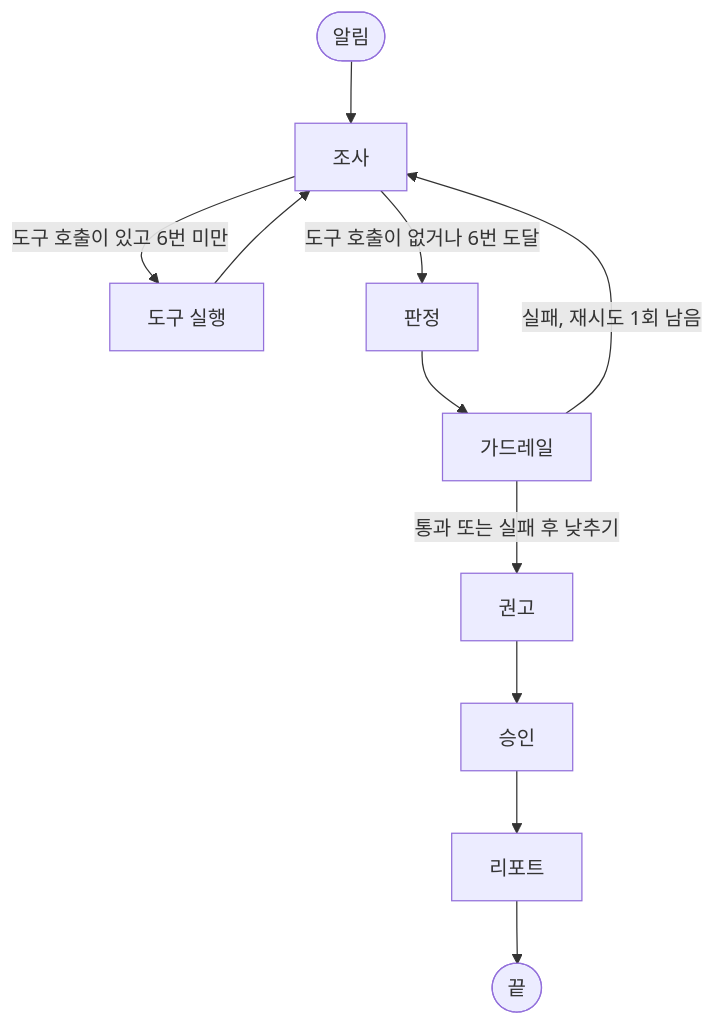
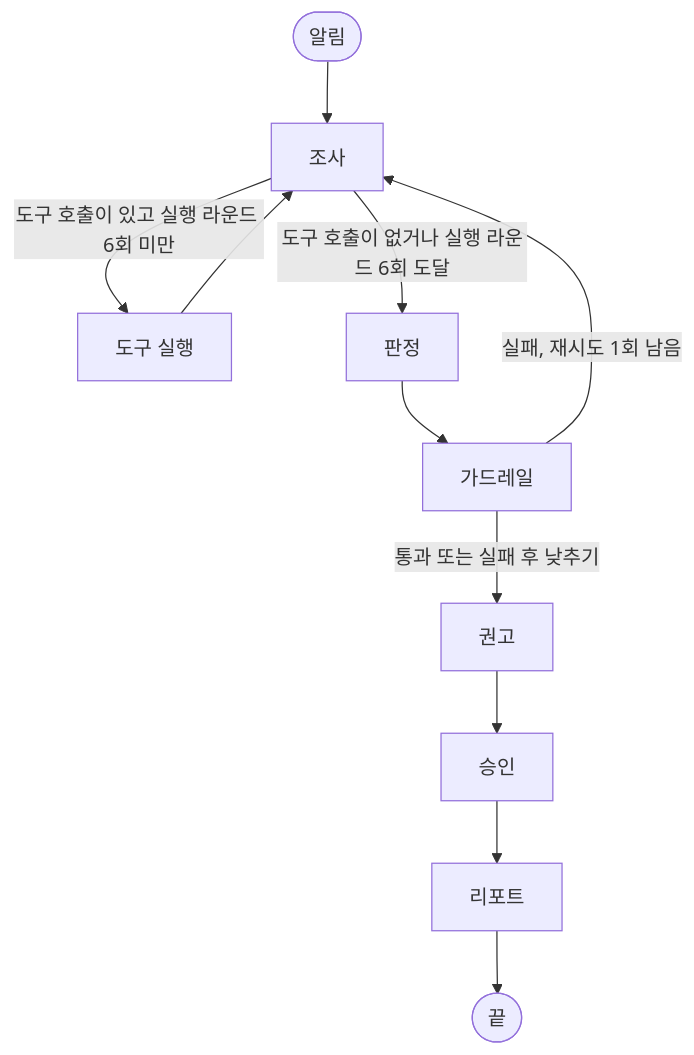
Before and after one commit to CCCR-TeamProj-02/edr-ai-triage-lab: the diagram in docs/ARCHITECTURE.md, drawn with Mermaid. The commit also changed other lines of this file, not shown here.

First line of the commit message:
docs(architecture): 조사 도구 연결과 결과 해석 규칙 보완

````diff
--- a/docs/ARCHITECTURE.md
+++ b/docs/ARCHITECTURE.md
@@ -9,13 +15,13 @@
 ```mermaid
 flowchart TD
     START([알림]) --> investigate[조사]
-    investigate -->|도구 호출이 있고 6번 미만| tools[도구 실행]
+    investigate -->|도구 호출이 있고 실행 라운드 6회 미만| tools[도구 실행]
     tools --> investigate
-    investigate -->|도구 호출이 없거나 6번 도달| judge[판정]
+    investigate -->|도구 호출이 없거나 실행 라운드 6회 도달| judge[판정]
     judge --> guardrail[가드레일]
     guardrail -->|실패, 재시도 1회 남음| investigate
     guardrail -->|통과 또는 실패 후 낮추기| recommend[권고]
     recommend --> approval[승인]
     approval --> report[리포트]
     report --> END([끝])
 ```
````
